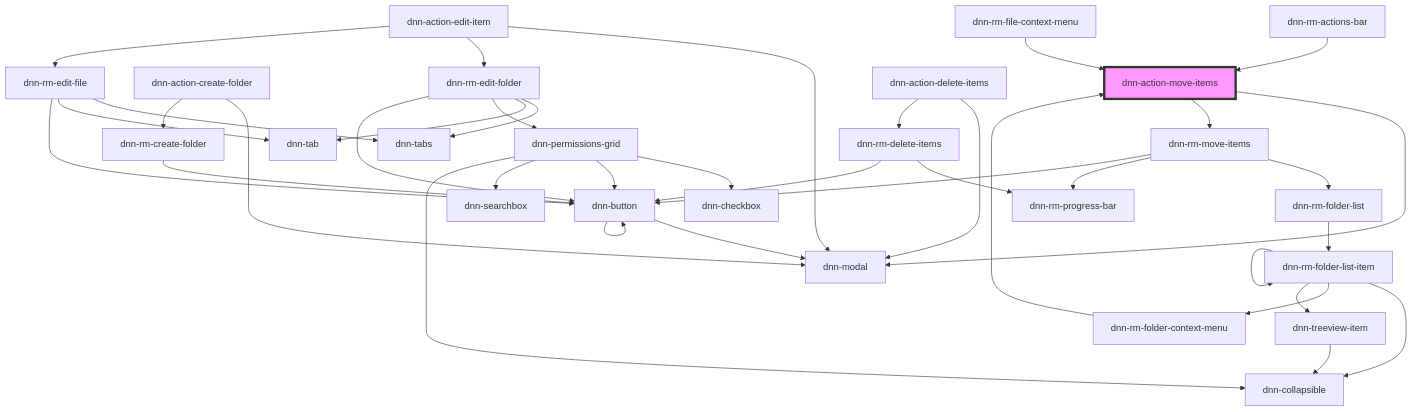
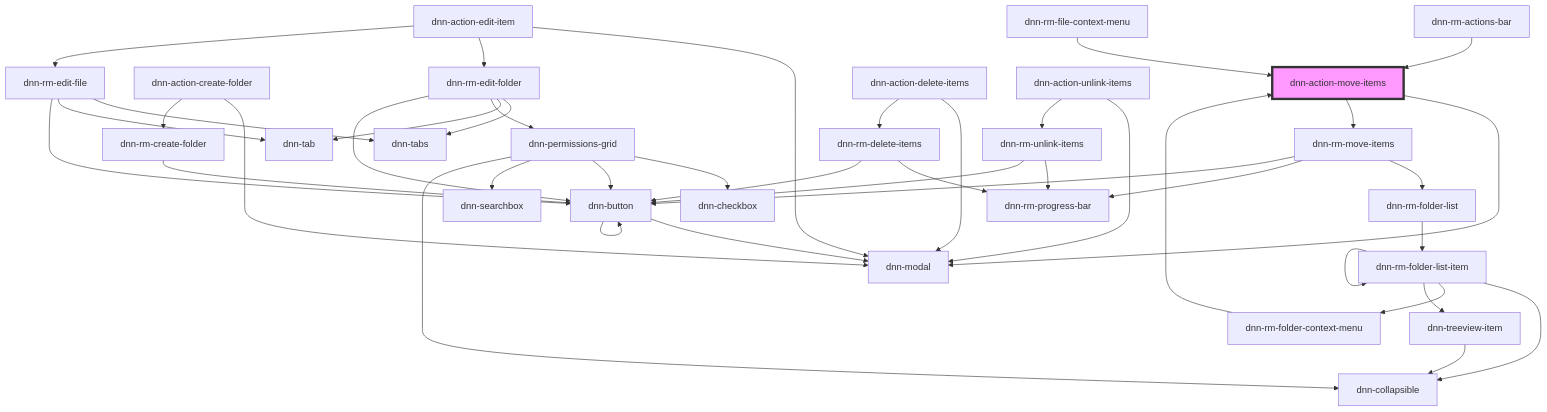
The diagram in DNN Platform/Modules/ResourceManager/ResourceManager.Web/src/components/actions/dnn-action-move-items/readme.md (dnnsoftware/Dnn.Platform), drawn with Mermaid before and after one commit. The commit also changed 25 other files, not shown here.

````diff
--- a/DNN Platform/Modules/ResourceManager/ResourceManager.Web/src/components/actions/dnn-action-move-items/readme.md
+++ b/DNN Platform/Modules/ResourceManager/ResourceManager.Web/src/components/actions/dnn-action-move-items/readme.md
@@ -29,41 +29,45 @@
 ```mermaid
 graph TD;
   dnn-action-move-items --> dnn-modal
   dnn-action-move-items --> dnn-rm-move-items
   dnn-rm-move-items --> dnn-rm-folder-list
   dnn-rm-move-items --> dnn-rm-progress-bar
   dnn-rm-move-items --> dnn-button
   dnn-rm-folder-list --> dnn-rm-folder-list-item
   dnn-rm-folder-list-item --> dnn-collapsible
   dnn-rm-folder-list-item --> dnn-rm-folder-context-menu
   dnn-rm-folder-list-item --> dnn-treeview-item
   dnn-rm-folder-list-item --> dnn-rm-folder-list-item
   dnn-rm-folder-context-menu --> dnn-action-move-items
   dnn-action-create-folder --> dnn-modal
   dnn-action-create-folder --> dnn-rm-create-folder
   dnn-rm-create-folder --> dnn-button
   dnn-button --> dnn-modal
   dnn-button --> dnn-button
   dnn-action-edit-item --> dnn-modal
   dnn-action-edit-item --> dnn-rm-edit-folder
   dnn-action-edit-item --> dnn-rm-edit-file
   dnn-rm-edit-folder --> dnn-tabs
   dnn-rm-edit-folder --> dnn-tab
   dnn-rm-edit-folder --> dnn-permissions-grid
   dnn-rm-edit-folder --> dnn-button
   dnn-permissions-grid --> dnn-checkbox
   dnn-permissions-grid --> dnn-button
   dnn-permissions-grid --> dnn-searchbox
   dnn-permissions-grid --> dnn-collapsible
   dnn-rm-edit-file --> dnn-tabs
   dnn-rm-edit-file --> dnn-tab
   dnn-rm-edit-file --> dnn-button
   dnn-action-delete-items --> dnn-modal
   dnn-action-delete-items --> dnn-rm-delete-items
   dnn-rm-delete-items --> dnn-rm-progress-bar
   dnn-rm-delete-items --> dnn-button
+  dnn-action-unlink-items --> dnn-modal
+  dnn-action-unlink-items --> dnn-rm-unlink-items
+  dnn-rm-unlink-items --> dnn-rm-progress-bar
+  dnn-rm-unlink-items --> dnn-button
   dnn-treeview-item --> dnn-collapsible
   dnn-rm-actions-bar --> dnn-action-move-items
   dnn-rm-file-context-menu --> dnn-action-move-items
   style dnn-action-move-items fill:#f9f,stroke:#333,stroke-width:4px
 ```
````
